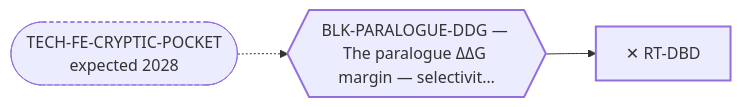
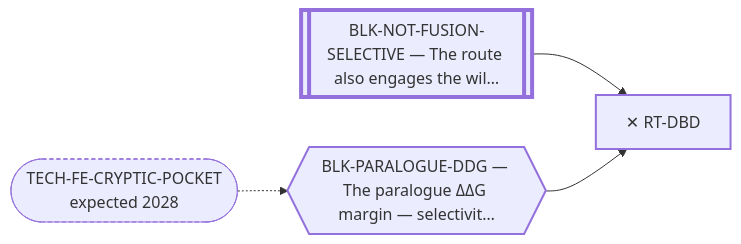
One commit to trimcrae/Rare-cancers changed the diagram in systems/views/L2-rt-dbd.md. Above: the diagram before and after it, drawn with Mermaid. The commit also changed other lines of this file and 57 other files, not shown here.

First line of the commit message:
Route framing audit: ST-FUSION-DIRECT + ST-NUCLEIC-ACID (8 routes)

````diff
--- a/systems/views/L2-rt-dbd.md
+++ b/systems/views/L2-rt-dbd.md
@@ -27,12 +27,14 @@
 ```mermaid
 flowchart LR
   RT_DBD["✕ RT-DBD"]:::fam
+  BLK_NOT_FUSION_SELECTIVE[["BLK-NOT-FUSION-SELECTIVE — The route also engages the wil…"]]:::perm
+  BLK_NOT_FUSION_SELECTIVE --> RT_DBD
   BLK_PARALOGUE_DDG{{"BLK-PARALOGUE-DDG — The paralogue ΔΔG margin — selectivit…"}}:::blk
   BLK_PARALOGUE_DDG --> RT_DBD
   TECH_FE_CRYPTIC_POCKET(["TECH-FE-CRYPTIC-POCKET<br/>expected 2028"]):::tech
   TECH_FE_CRYPTIC_POCKET -.-> BLK_PARALOGUE_DDG
   classDef fam stroke-width:2px;
   classDef blk stroke-width:2px;
   classDef perm stroke-width:4px;
   classDef tech stroke-width:1px,stroke-dasharray:4 3;
 ```
````
